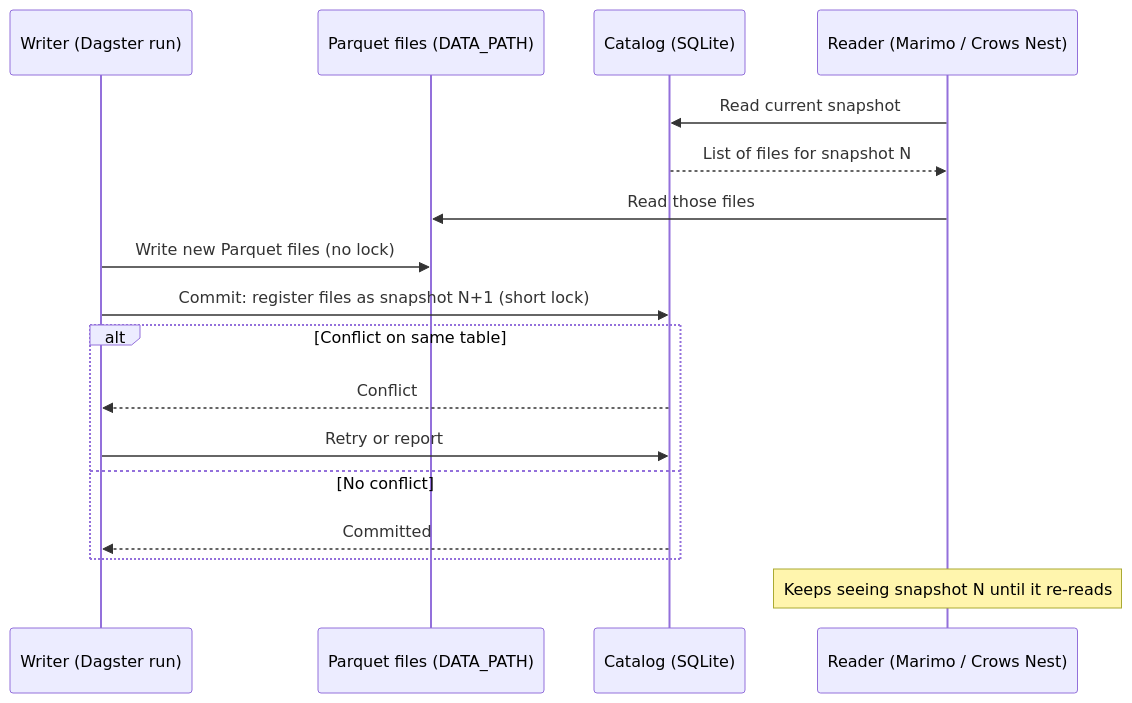
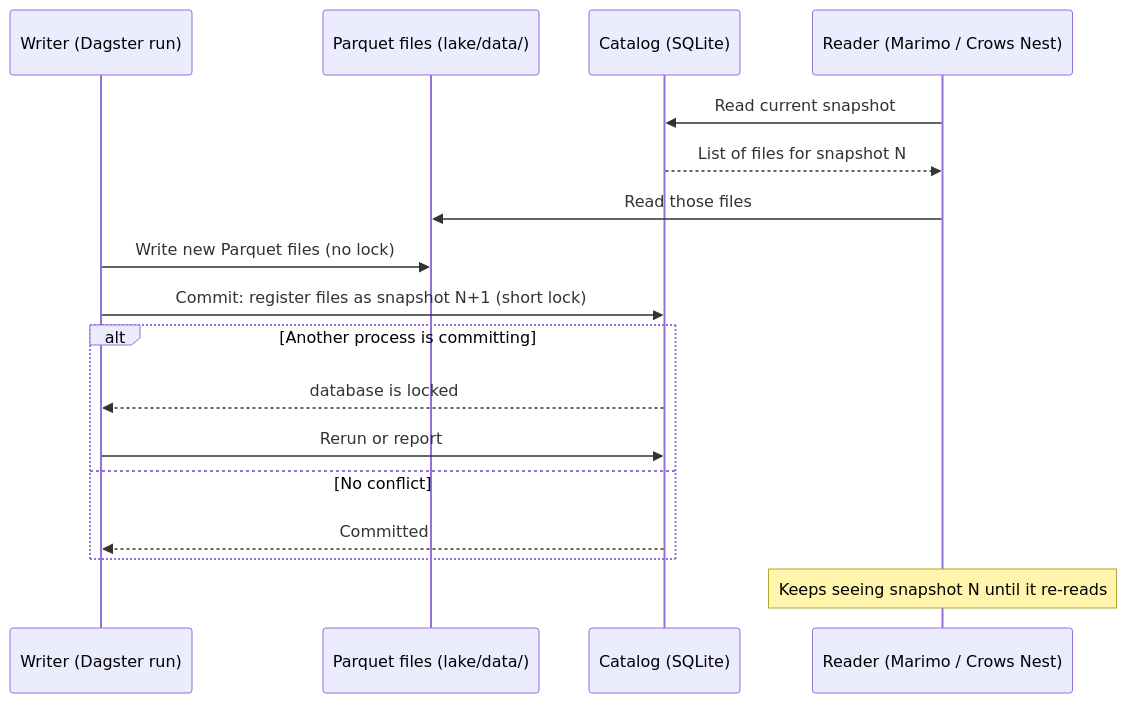
One commit to datavloot/datavloot-toolkit changed the second of 5 diagrams in docs/architecture.md. Above: the diagram before and after it, drawn with Mermaid. The commit also changed other lines of this file and 1 other file, not shown here.

Commit message:
Correct what ADR 0001 says about concurrent writes
A prototype of DuckLake with a SQLite catalog showed that readers work
next to a writer only with the catalog in WAL mode, and that commits
are taken one at a time: a second process committing at the same moment
fails with "database is locked", also on another table, instead of
waiting. The ADR and the architecture doc said several processes could
write side by side; they now say writers take turns, and name the lake
as it is built.

````diff
--- a/docs/architecture.md
+++ b/docs/architecture.md
@@ -53,20 +53,20 @@
 ```mermaid
 sequenceDiagram
     participant W as Writer (Dagster run)
-    participant P as Parquet files (DATA_PATH)
+    participant P as Parquet files (lake/data/)
     participant C as Catalog (SQLite)
     participant R as Reader (Marimo / Crows Nest)
 
     R->>C: Read current snapshot
     C-->>R: List of files for snapshot N
     R->>P: Read those files
     W->>P: Write new Parquet files (no lock)
     W->>C: Commit: register files as snapshot N+1 (short lock)
-    alt Conflict on same table
-        C-->>W: Conflict
-        W->>C: Retry or report
+    alt Another process is committing
+        C-->>W: database is locked
+        W->>C: Rerun or report
     else No conflict
         C-->>W: Committed
     end
     Note over R: Keeps seeing snapshot N until it re-reads
 ```
````
